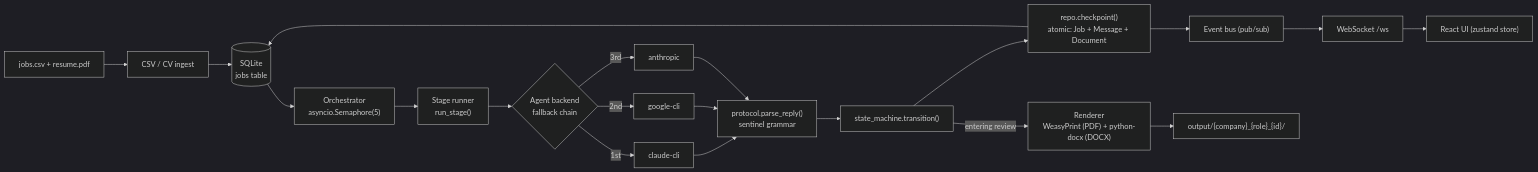
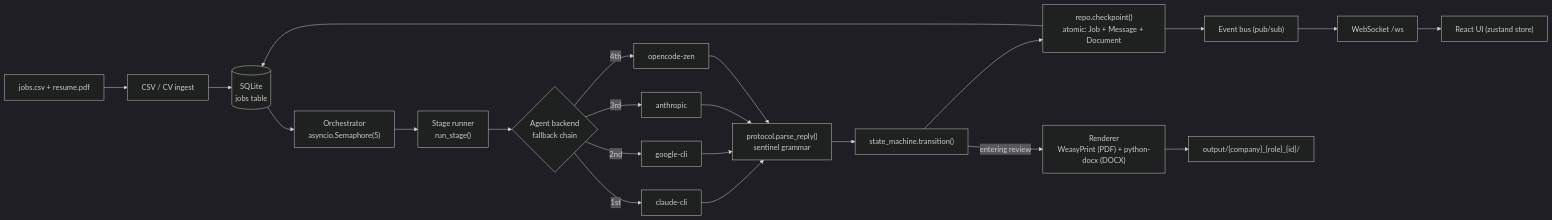
Before and after one commit to AndyHarman-dev/JSA_CV_Daemon: the first of 2 diagrams in README.md, drawn with Mermaid (dark theme). The commit also changed other lines of this file and 12 other files, not shown here.

First line of the commit message:
feat: add OpenCode Zen backend (opencode-zen)

````diff
--- a/README.md
+++ b/README.md
@@ -50,22 +50,24 @@
 ```mermaid
 flowchart LR
     CSV["jobs.csv + resume.pdf"] --> ING["CSV / CV ingest"]
     ING --> DB[("SQLite<br/>jobs table")]
     DB --> ORC["Orchestrator<br/>asyncio.Semaphore(5)"]
     ORC --> RUN["Stage runner<br/>run_stage()"]
     RUN --> BE{"Agent backend<br/>fallback chain"}
     BE -->|1st| CLI1["claude-cli"]
     BE -->|2nd| CLI2["google-cli"]
     BE -->|3rd| API1["anthropic"]
+    BE -->|4th| API2["opencode-zen"]
     CLI1 --> PARSE["protocol.parse_reply()<br/>sentinel grammar"]
     CLI2 --> PARSE
     API1 --> PARSE
+    API2 --> PARSE
     PARSE --> SM["state_machine.transition()"]
     SM --> CKPT["repo.checkpoint()<br/>atomic: Job + Message + Document"]
     CKPT --> DB
     CKPT --> BUS["Event bus (pub/sub)"]
     BUS --> WS["WebSocket /ws"]
     WS --> UI["React UI (zustand store)"]
     SM -->|entering review| RENDER["Renderer<br/>WeasyPrint (PDF) + python-docx (DOCX)"]
     RENDER --> OUT["output/{company}_{role}_{id}/"]
 ```
````
